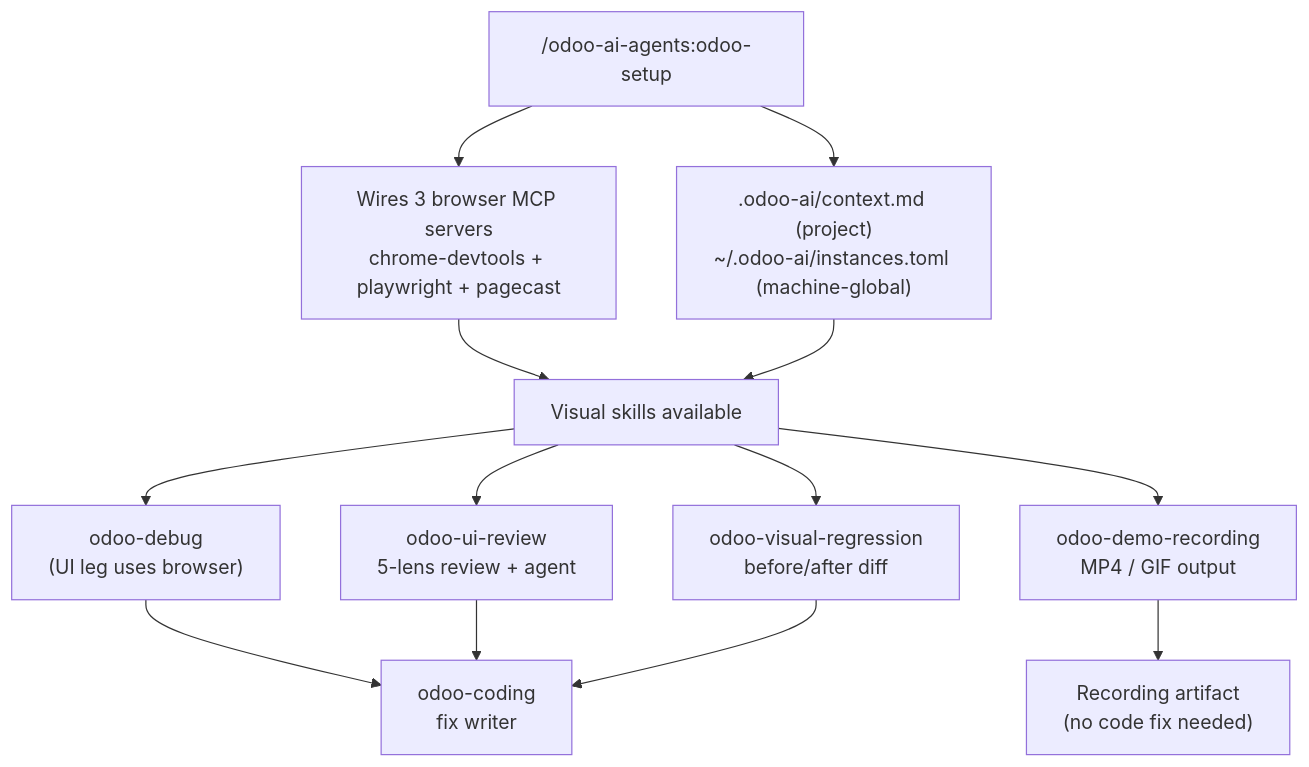
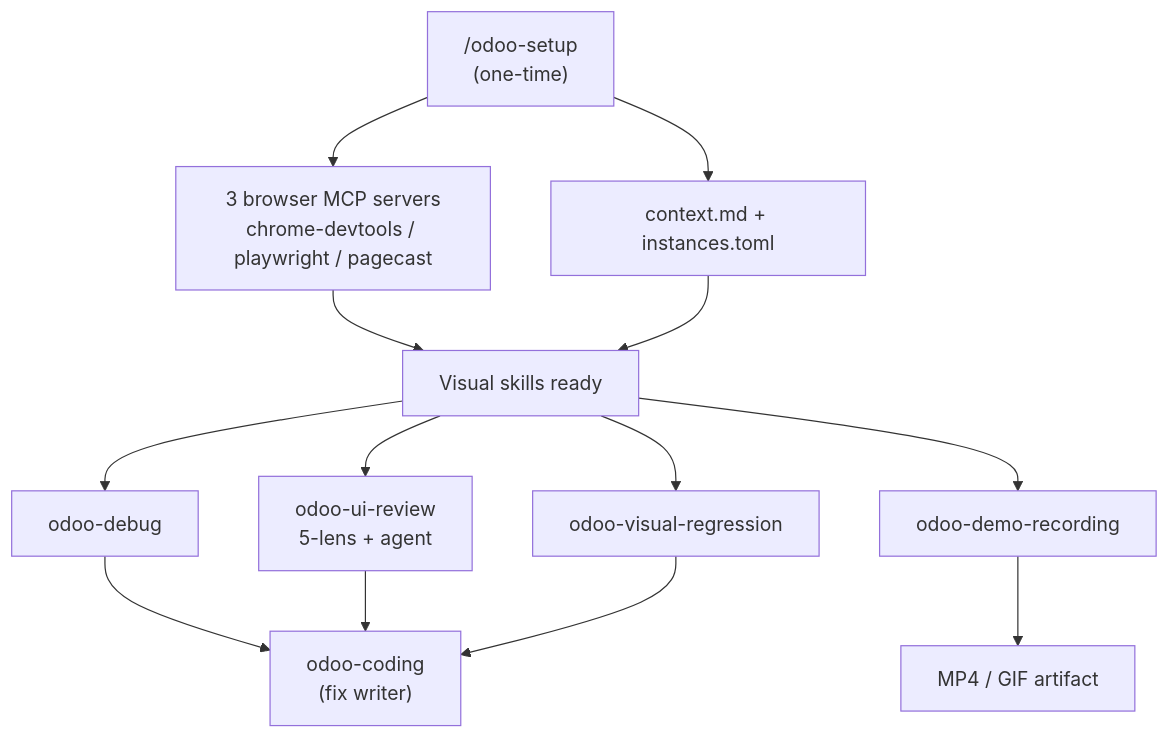
The fifth of 6 diagrams in plugins/odoo-ai-agents/README.md (Viindoo/odoo-mcp-client), drawn with Mermaid before and after one commit. The commit also changed other lines of this file and 25 other files, not shown here.

````diff
--- a/plugins/odoo-ai-agents/README.md
+++ b/plugins/odoo-ai-agents/README.md
@@ -309,20 +341,20 @@
 ```mermaid
 flowchart TD
-    SETUP["/odoo-ai-agents:odoo-setup"]
-    SETUP --> MCPW["Wires 3 browser MCP servers<br/>chrome-devtools + playwright + pagecast"]
-    SETUP --> CTX[".odoo-ai/context.md (project)<br/>~/.odoo-ai/instances.toml (machine-global)"]
+    SETUP["/odoo-setup<br/>(one-time)"]
+    SETUP --> MCPW["3 browser MCP servers<br/>chrome-devtools / playwright / pagecast"]
+    SETUP --> CTX["context.md + instances.toml"]
 
-    MCPW --> SK["Visual skills available"]
+    MCPW --> SK["Visual skills ready"]
     CTX --> SK
 
-    SK --> UID["odoo-debug<br/>(UI leg uses browser)"]
-    SK --> UIR["odoo-ui-review<br/>5-lens review + agent"]
-    SK --> VR["odoo-visual-regression<br/>before/after diff"]
-    SK --> DR["odoo-demo-recording<br/>MP4 / GIF output"]
+    SK --> UID["odoo-debug"]
+    SK --> UIR["odoo-ui-review<br/>5-lens + agent"]
+    SK --> VR["odoo-visual-regression"]
+    SK --> DR["odoo-demo-recording"]
 
-    UID --> FC["odoo-coding<br/>fix writer"]
+    UID --> FC["odoo-coding<br/>(fix writer)"]
     UIR --> FC
     VR --> FC
 
-    DR --> MEDIA["Recording artifact<br/>(no code fix needed)"]
+    DR --> MEDIA["MP4 / GIF artifact"]
 ```
````
